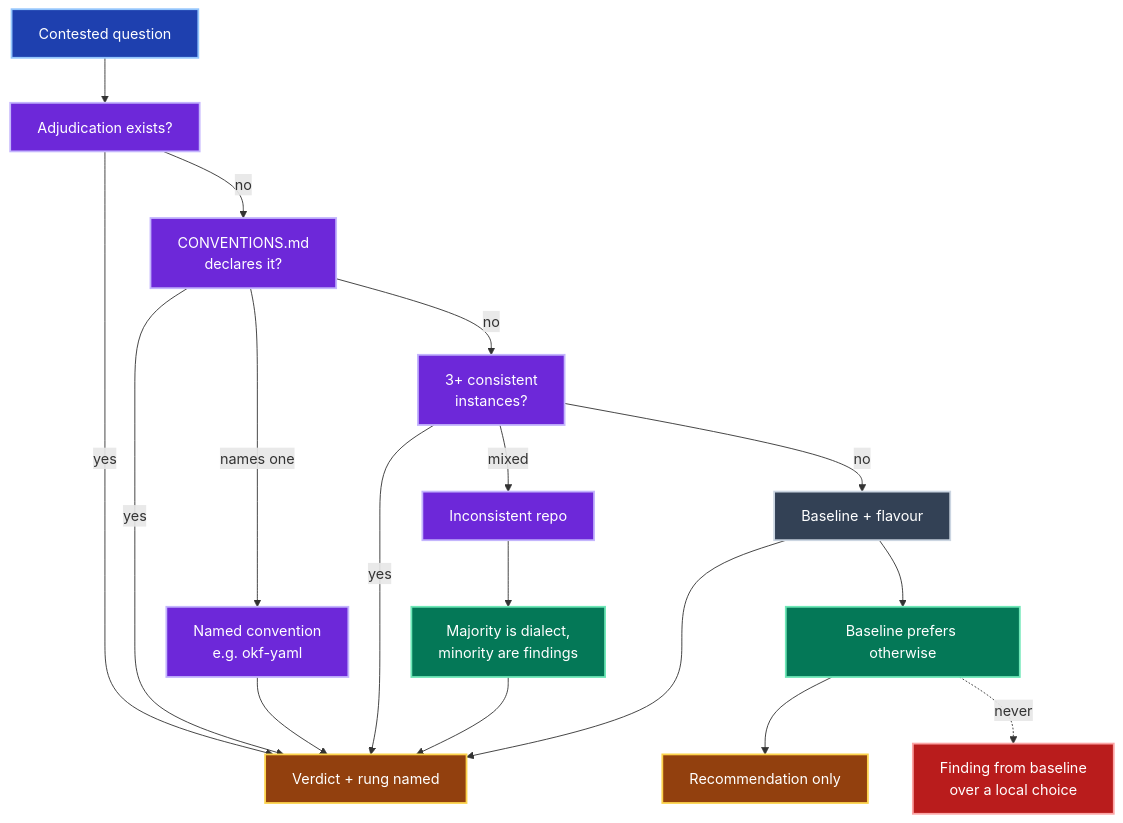
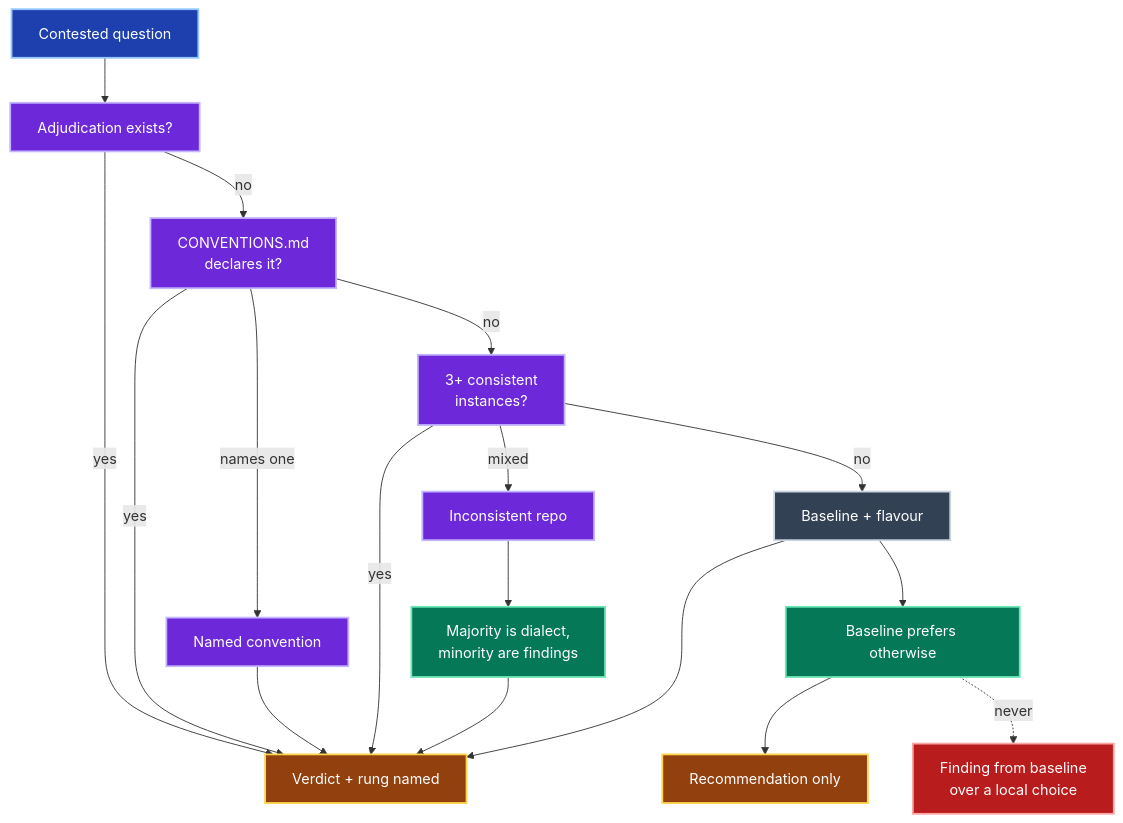
Before and after one commit to jpeakai/skills: the fourth of 12 diagrams in skills/librarian/ARCHITECTURE.md, drawn with Mermaid. The commit also changed other lines of this file and 49 other files, not shown here.

````diff
--- a/skills/librarian/ARCHITECTURE.md
+++ b/skills/librarian/ARCHITECTURE.md
@@ -143,34 +139,34 @@
 ```mermaid
 flowchart TB
     Q["Contested question"]:::input
     ADJ["Adjudication exists?"]:::rule
     DEC["CONVENTIONS.md<br/>declares it?"]:::rule
-    NAMED["Named convention<br/>e.g. okf-yaml"]:::rule
+    NAMED["Named convention"]:::rule
     OBS["3+ consistent<br/>instances?"]:::rule
     MIX["Inconsistent repo"]:::rule
     MAJ["Majority is dialect,<br/>minority are findings"]:::step
     BAS["Baseline + flavour"]:::resource
     REC["Baseline prefers otherwise"]:::step
     V["Verdict + rung named"]:::artifact
     REC2["Recommendation only"]:::artifact
     NO["Finding from baseline<br/>over a local choice"]:::forbidden
 
     Q --> ADJ
     ADJ -- yes --> V
     ADJ -- no --> DEC
     DEC -- yes --> V
     DEC -- names one --> NAMED --> V
     DEC -- no --> OBS
     OBS -- yes --> V
     OBS -- mixed --> MIX --> MAJ --> V
     OBS -- no --> BAS --> V
     BAS --> REC --> REC2
     REC -. never .-> NO
 
     classDef input     fill:#1e40af,stroke:#93c5fd,color:#fff,stroke-width:2px
     classDef rule      fill:#6d28d9,stroke:#c4b5fd,color:#fff,stroke-width:2px
     classDef step      fill:#047857,stroke:#6ee7b7,color:#fff,stroke-width:2px
     classDef resource  fill:#334155,stroke:#cbd5e1,color:#fff,stroke-width:2px
     classDef artifact  fill:#92400e,stroke:#fcd34d,color:#fff,stroke-width:2px
     classDef forbidden fill:#b91c1c,stroke:#fca5a5,color:#fff,stroke-width:2px
 ```
````
